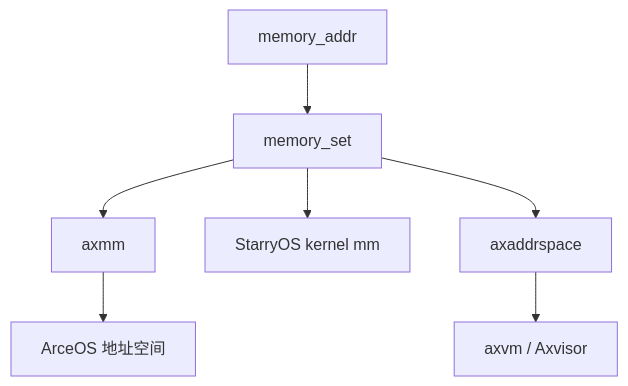
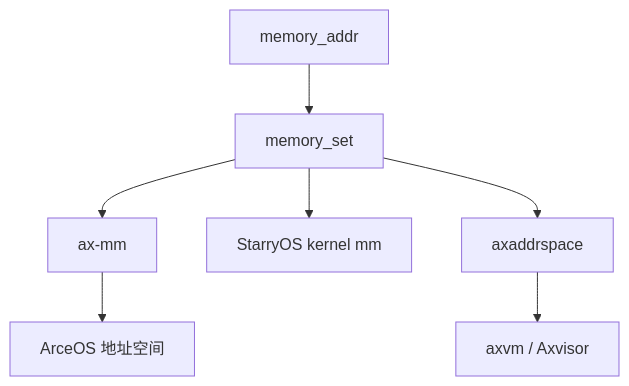
One commit to zKurisu/tgoskits changed the diagram in docs/crates/memory_set.md. Above: the diagram before and after it, drawn with Mermaid. The commit also changed other lines of this file and 34 other files, not shown here.

````diff
--- a/docs/crates/memory_set.md
+++ b/docs/crates/memory_set.md
@@ -190,9 +190,9 @@
 ```mermaid
 graph TD
     A[memory_addr] --> B[memory_set]
-    B --> C[axmm]
+    B --> C[ax-mm]
     B --> D[StarryOS kernel mm]
     B --> E[axaddrspace]
     E --> F[axvm / Axvisor]
     C --> G[ArceOS 地址空间]
 ```
````
